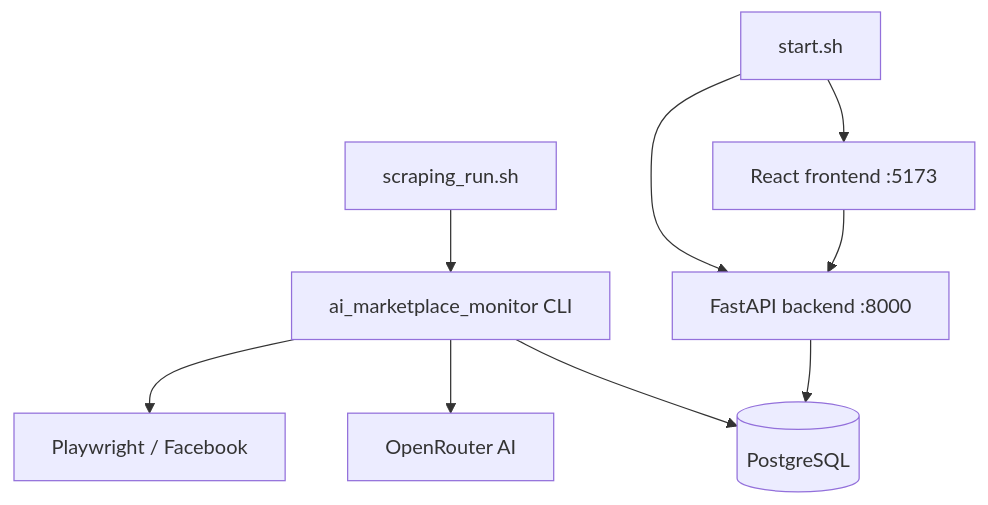
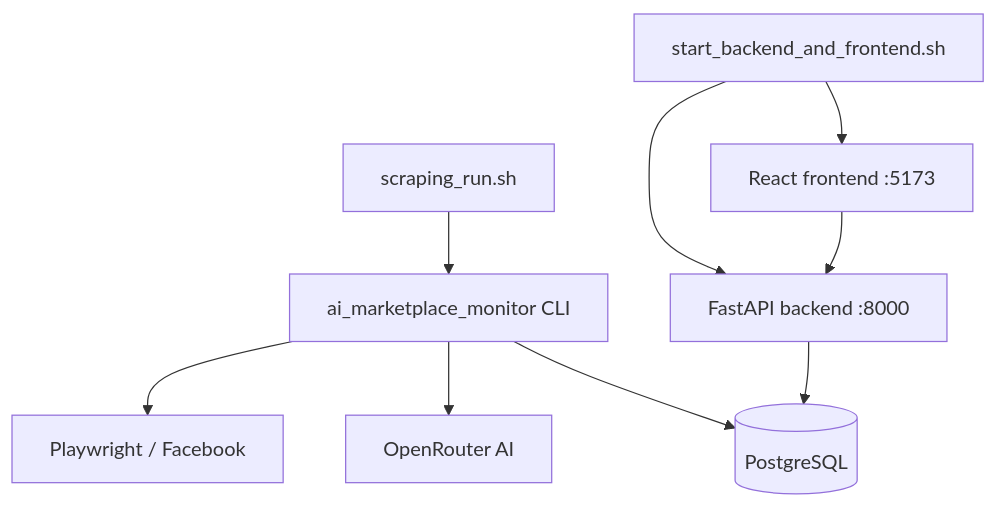
The diagram in README.md (emilhja/fb_marketplace_ai_scan), drawn with Mermaid before and after one commit. The commit also changed other lines of this file and 3 other files, not shown here.

````diff
--- a/README.md
+++ b/README.md
@@ -24,11 +24,11 @@
 ```mermaid
 graph TD
     A[scraping_run.sh] --> B[ai_marketplace_monitor CLI]
     B --> C[Playwright / Facebook]
     B --> D[OpenRouter AI]
     B --> E[(PostgreSQL)]
-    F[start.sh] --> G[FastAPI backend :8000]
+    F[start_backend_and_frontend.sh] --> G[FastAPI backend :8000]
     F --> H[React frontend :5173]
     G --> E
     H --> G
 ```
````
